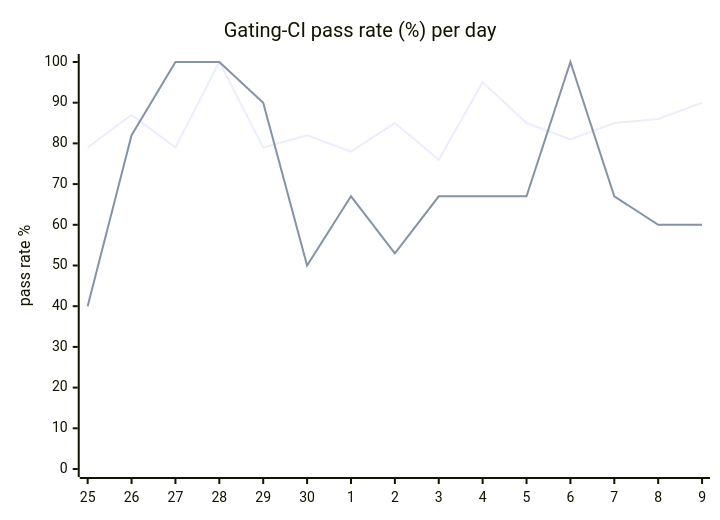
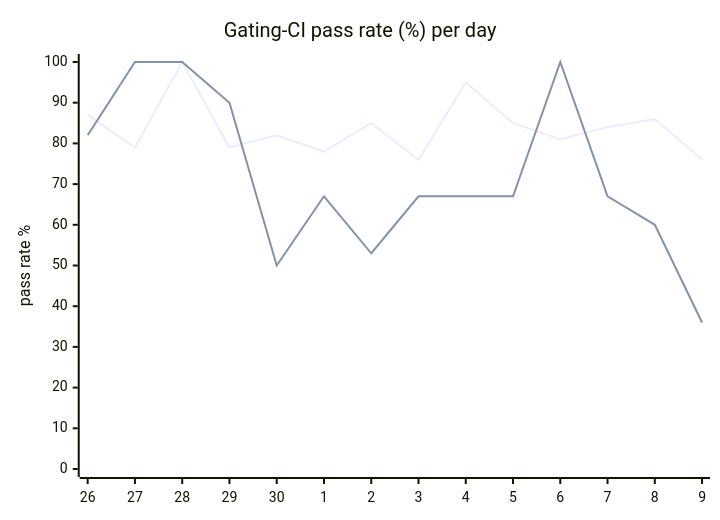
The diagram in hack/ci/ci-dashboard/staging/issue.md (hatchet-dev/hatchet), drawn with Mermaid before and after one commit. The commit also changed other lines of this file, not shown here.

````diff
--- a/hack/ci/ci-dashboard/staging/issue.md
+++ b/hack/ci/ci-dashboard/staging/issue.md
@@ -9,8 +9,8 @@
 ```mermaid
 xychart-beta
   title "Gating-CI pass rate (%) per day"
-  x-axis [25, 26, 27, 28, 29, 30, 1, 2, 3, 4, 5, 6, 7, 8, 9]
+  x-axis [26, 27, 28, 29, 30, 1, 2, 3, 4, 5, 6, 7, 8, 9]
   y-axis "pass rate %" 0 --> 100
-  line "CI" [79, 87, 79, 100, 79, 82, 78, 85, 76, 95, 85, 81, 85, 86, 90]
-  line "main" [40, 82, 100, 100, 90, 50, 67, 53, 67, 67, 67, 100, 67, 60, 60]
+  line "CI" [87, 79, 100, 79, 82, 78, 85, 76, 95, 85, 81, 84, 86, 76]
+  line "main" [82, 100, 100, 90, 50, 67, 53, 67, 67, 67, 100, 67, 60, 36]
 ```
````
